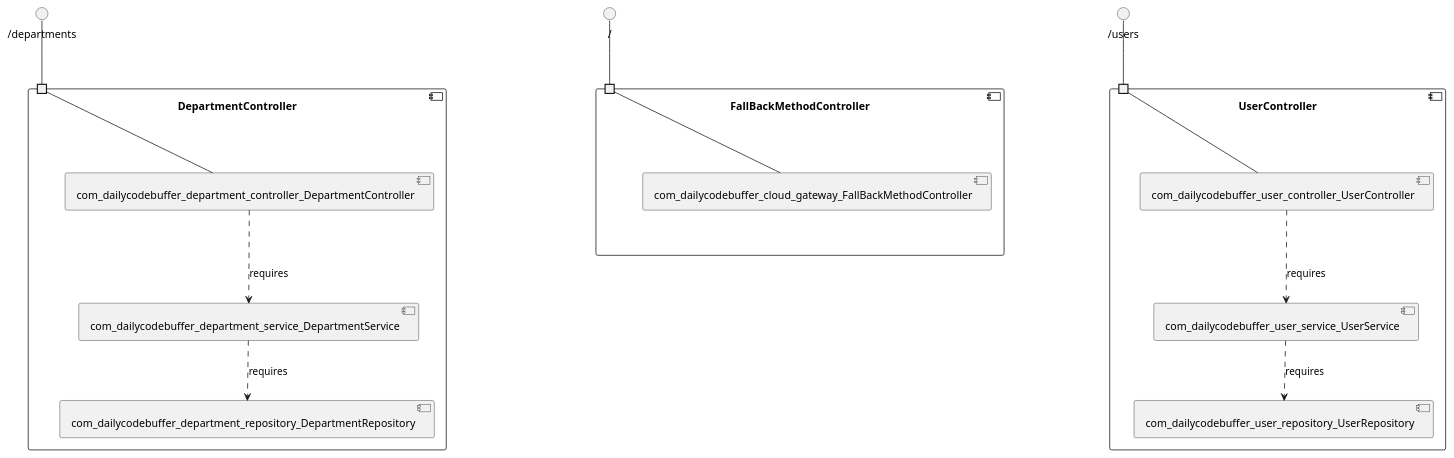
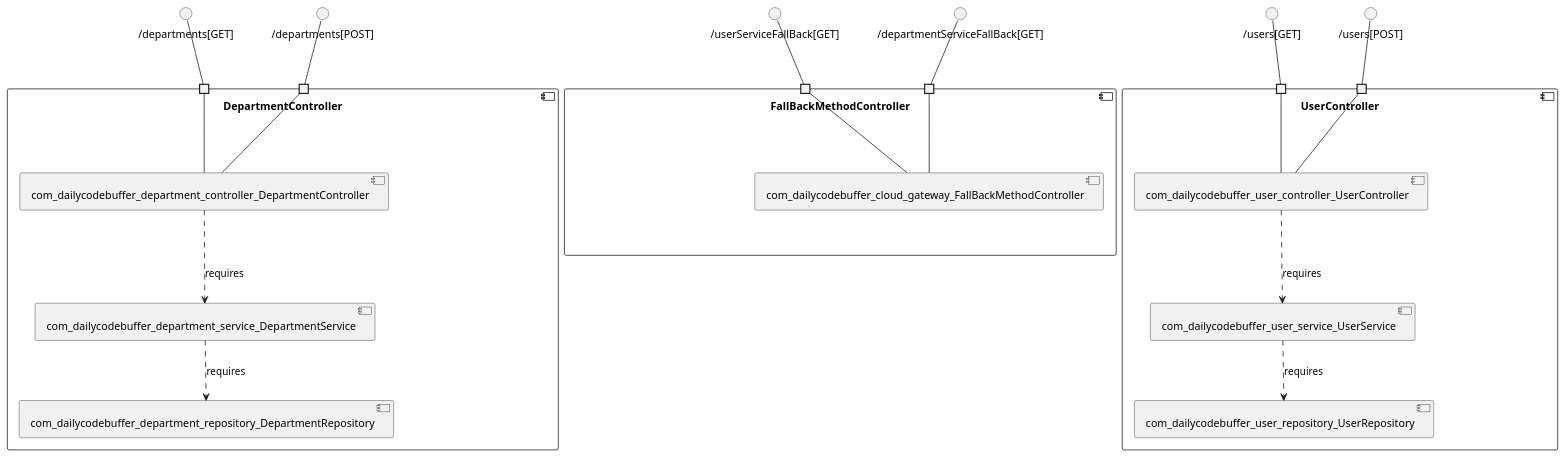
Before and after one commit to View-Based-Reverse-Engineering/Retriever-Benchmark: the diagram in shabbirdwd-springboot/model_re/uml/componentDiagram.puml, drawn with PlantUML. The commit also changed 135 other files, not shown here.

```diff
--- a/shabbirdwd-springboot/model_re/uml/componentDiagram.puml
+++ b/shabbirdwd-springboot/model_re/uml/componentDiagram.puml
@@ -1,33 +1,45 @@
 @startuml
 skinparam fixCircleLabelOverlapping true
 component "DepartmentController\n\n\n\n\n\n" {
+[com_dailycodebuffer_department_repository_DepartmentRepository]
+[com_dailycodebuffer_department_service_DepartmentService]
 [com_dailycodebuffer_department_controller_DepartmentController]
-[com_dailycodebuffer_department_service_DepartmentService]
-[com_dailycodebuffer_department_repository_DepartmentRepository]
-portin " " as DepartmentController.requires._departments
+portin " " as DepartmentController.requires._departments_GET_
+portin " " as DepartmentController.requires._departments_POST_
 [com_dailycodebuffer_department_controller_DepartmentController]..>[com_dailycodebuffer_department_service_DepartmentService] : requires
 [com_dailycodebuffer_department_service_DepartmentService]..>[com_dailycodebuffer_department_repository_DepartmentRepository] : requires
-"DepartmentController.requires._departments"--[com_dailycodebuffer_department_controller_DepartmentController]
+"DepartmentController.requires._departments_GET_"--[com_dailycodebuffer_department_controller_DepartmentController]
+"DepartmentController.requires._departments_POST_"--[com_dailycodebuffer_department_controller_DepartmentController]
 }
-interface "/departments" as interface._departments
-interface._departments--"DepartmentController.requires._departments"
+interface "/departments[GET]" as interface._departments_GET_
+interface._departments_GET_--"DepartmentController.requires._departments_GET_"
+interface "/departments[POST]" as interface._departments_POST_
+interface._departments_POST_--"DepartmentController.requires._departments_POST_"
 component "FallBackMethodController\n\n\n\n\n\n" {
 [com_dailycodebuffer_cloud_gateway_FallBackMethodController]
-portin " " as FallBackMethodController.requires._
-"FallBackMethodController.requires._"--[com_dailycodebuffer_cloud_gateway_FallBackMethodController]
+portin " " as FallBackMethodController.requires._departmentServiceFallBack_GET_
+portin " " as FallBackMethodController.requires._userServiceFallBack_GET_
+"FallBackMethodController.requires._userServiceFallBack_GET_"--[com_dailycodebuffer_cloud_gateway_FallBackMethodController]
+"FallBackMethodController.requires._departmentServiceFallBack_GET_"--[com_dailycodebuffer_cloud_gateway_FallBackMethodController]
 }
-interface "/" as interface._
-interface._--"FallBackMethodController.requires._"
+interface "/userServiceFallBack[GET]" as interface._userServiceFallBack_GET_
+interface._userServiceFallBack_GET_--"FallBackMethodController.requires._userServiceFallBack_GET_"
+interface "/departmentServiceFallBack[GET]" as interface._departmentServiceFallBack_GET_
+interface._departmentServiceFallBack_GET_--"FallBackMethodController.requires._departmentServiceFallBack_GET_"
 component "UserController\n\n\n\n\n\n" {
 [com_dailycodebuffer_user_repository_UserRepository]
 [com_dailycodebuffer_user_service_UserService]
 [com_dailycodebuffer_user_controller_UserController]
-portin " " as UserController.requires._users
+portin " " as UserController.requires._users_GET_
+portin " " as UserController.requires._users_POST_
 [com_dailycodebuffer_user_controller_UserController]..>[com_dailycodebuffer_user_service_UserService] : requires
 [com_dailycodebuffer_user_service_UserService]..>[com_dailycodebuffer_user_repository_UserRepository] : requires
-"UserController.requires._users"--[com_dailycodebuffer_user_controller_UserController]
+"UserController.requires._users_GET_"--[com_dailycodebuffer_user_controller_UserController]
+"UserController.requires._users_POST_"--[com_dailycodebuffer_user_controller_UserController]
 }
-interface "/users" as interface._users
-interface._users--"UserController.requires._users"
+interface "/users[GET]" as interface._users_GET_
+interface._users_GET_--"UserController.requires._users_GET_"
+interface "/users[POST]" as interface._users_POST_
+interface._users_POST_--"UserController.requires._users_POST_"
 
 @enduml
```
